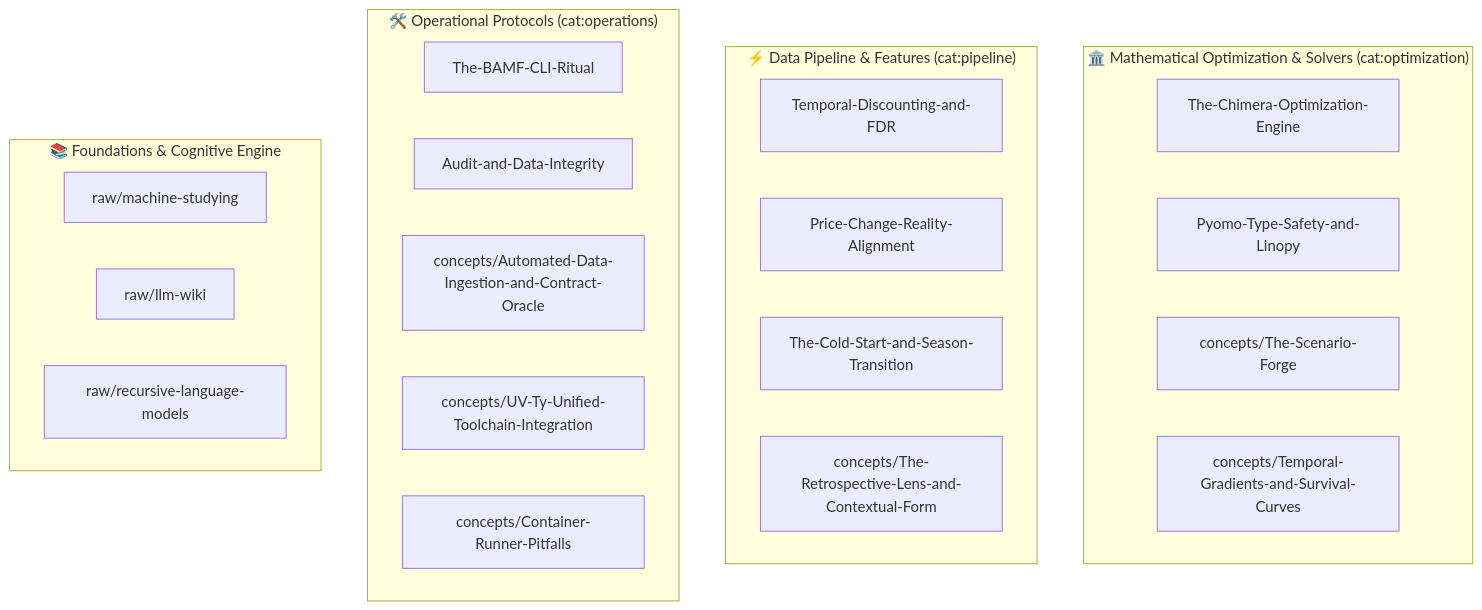
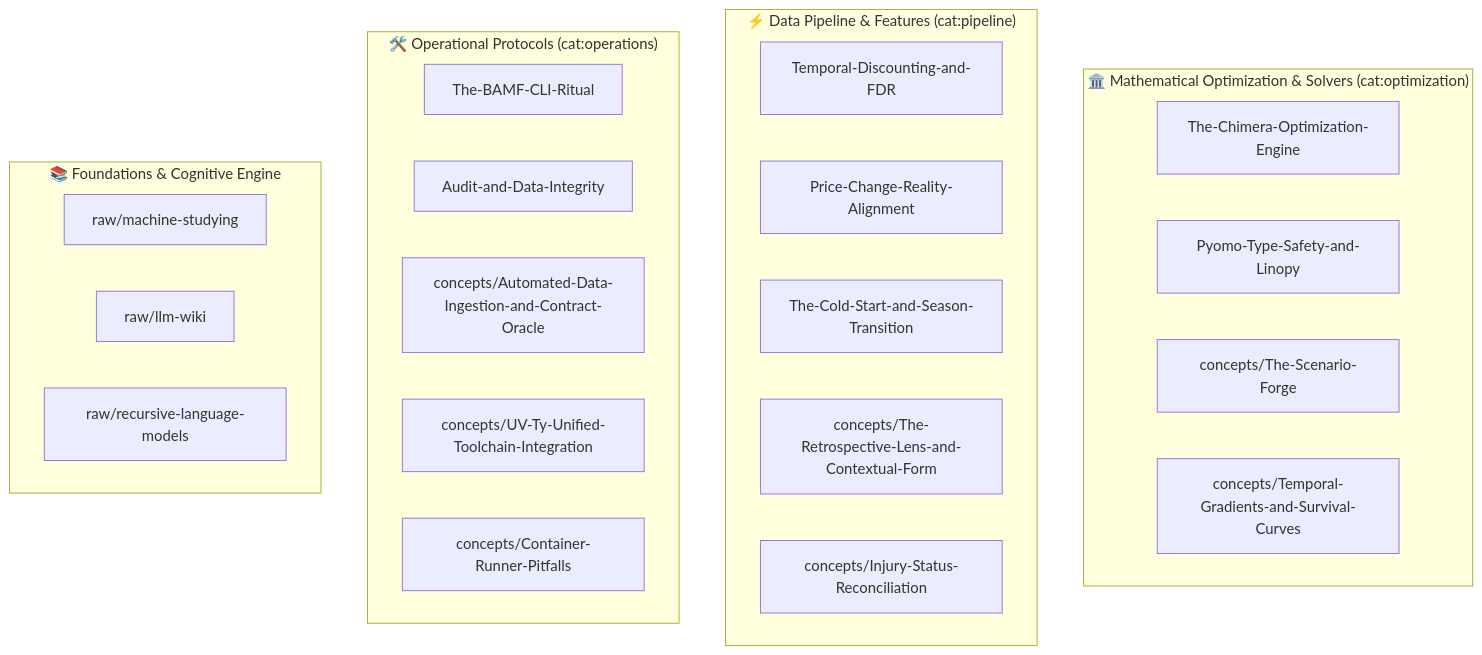
The diagram in .agents/skills/fpl-machine-studying-wiki/wiki/index.md (ianchanning/fpl-dominator), drawn with Mermaid before and after one commit. The commit also changed other lines of this file and 4 other files, not shown here.

First line of the commit message:
fix(pipeline): max-severity injury reconciliation from squad page + exclusion test battery

````diff
--- a/.agents/skills/fpl-machine-studying-wiki/wiki/index.md
+++ b/.agents/skills/fpl-machine-studying-wiki/wiki/index.md
@@ -3,30 +3,31 @@
 ```mermaid
 graph TD
     subgraph "🏛️ Mathematical Optimization & Solvers (cat:optimization)"
         O1[The-Chimera-Optimization-Engine]
         O2[Pyomo-Type-Safety-and-Linopy]
         O3[concepts/The-Scenario-Forge]
         O4[concepts/Temporal-Gradients-and-Survival-Curves]
     end
 
     subgraph "⚡ Data Pipeline & Features (cat:pipeline)"
         P1[Temporal-Discounting-and-FDR]
         P2[Price-Change-Reality-Alignment]
         P3[The-Cold-Start-and-Season-Transition]
         P4[concepts/The-Retrospective-Lens-and-Contextual-Form]
+        P5[concepts/Injury-Status-Reconciliation]
     end
 
     subgraph "🛠️ Operational Protocols (cat:operations)"
         R1[The-BAMF-CLI-Ritual]
         R2[Audit-and-Data-Integrity]
         R3[concepts/Automated-Data-Ingestion-and-Contract-Oracle]
         R4[concepts/UV-Ty-Unified-Toolchain-Integration]
         R5[concepts/Container-Runner-Pitfalls]
     end
 
     subgraph "📚 Foundations & Cognitive Engine"
         F1[raw/machine-studying]
         F2[raw/llm-wiki]
         F3[raw/recursive-language-models]
     end
 ```
````
